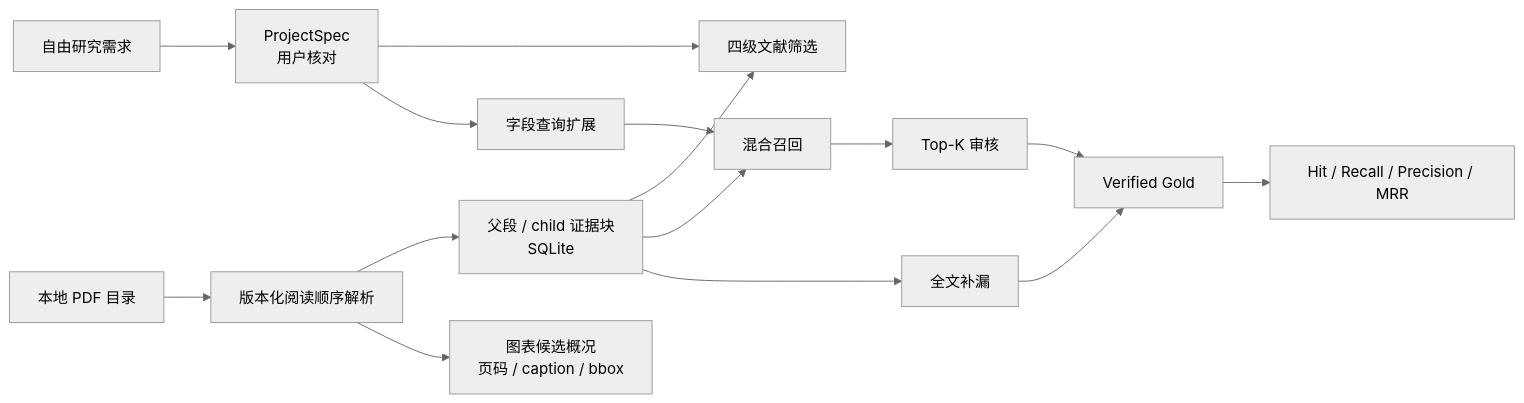
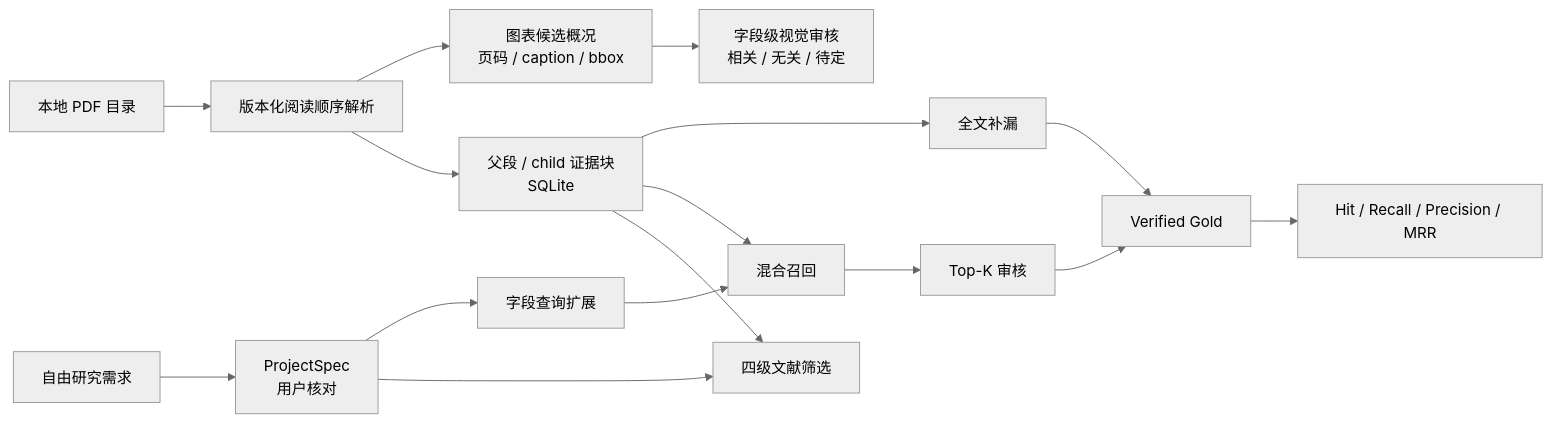
One commit to ZhangHan200005/EcoData_Extraction changed the diagram in docs/ARCHITECTURE.md. Above: the diagram before and after it, drawn with Mermaid (neutral theme). The commit also changed other lines of this file and 11 other files, not shown here.

````diff
--- a/docs/ARCHITECTURE.md
+++ b/docs/ARCHITECTURE.md
@@ -7,17 +7,18 @@
 ```mermaid
 flowchart LR
     A["自由研究需求"] --> B["ProjectSpec<br/>用户核对"]
     C["本地 PDF 目录"] --> D["版本化阅读顺序解析"]
     D --> E["父段 / child 证据块<br/>SQLite"]
     D --> M["图表候选概况<br/>页码 / caption / bbox"]
+    M --> N["字段级视觉审核<br/>相关 / 无关 / 待定"]
     B --> F["四级文献筛选"]
     E --> F
     B --> G["字段查询扩展"]
     E --> H["混合召回"]
     G --> H
     H --> I["Top-K 审核"]
     E --> J["全文补漏"]
     I --> K["Verified Gold"]
     J --> K
     K --> L["Hit / Recall / Precision / MRR"]
 ```
````
